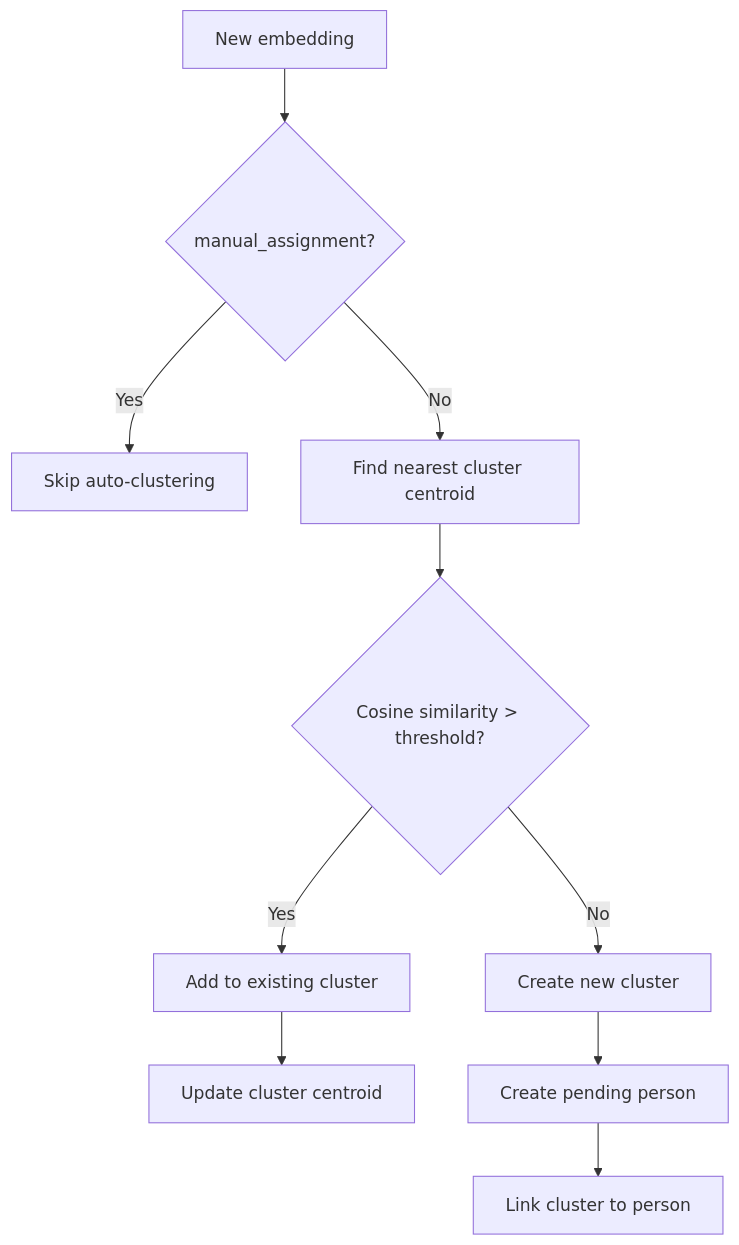
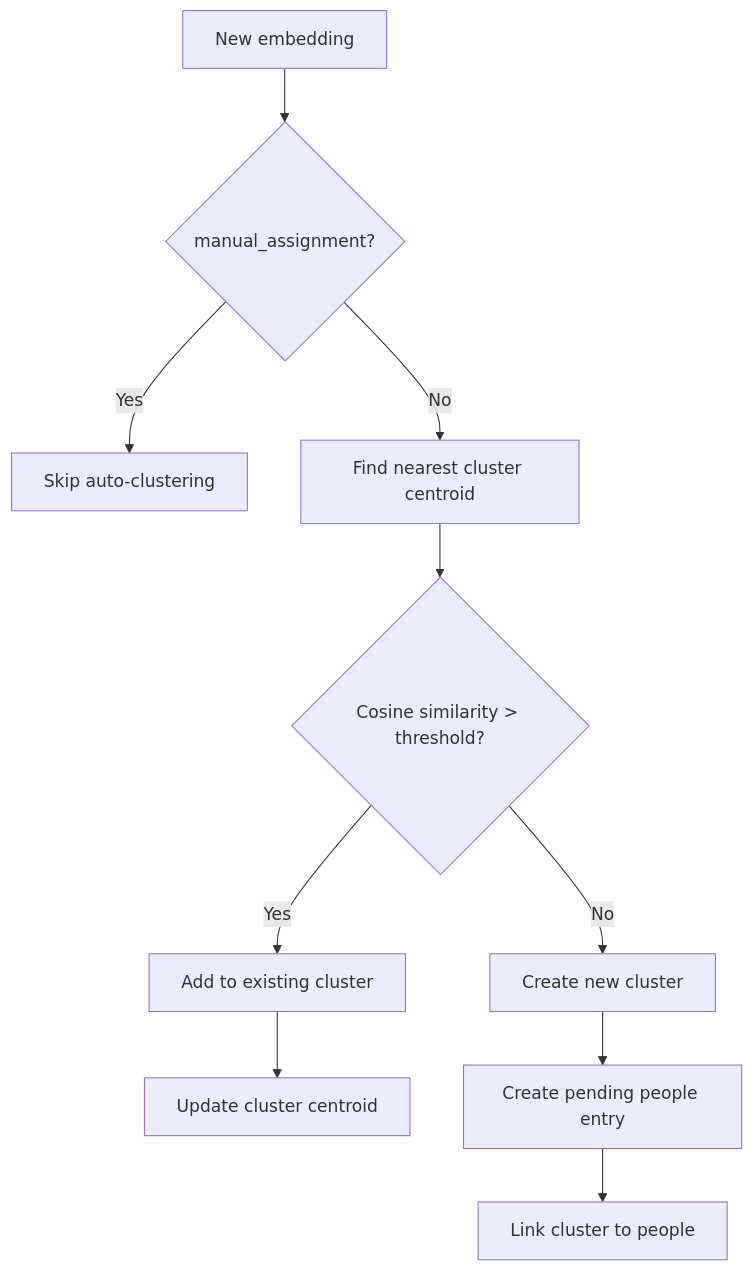
The second of 5 diagrams in docs/people.md (xiaoyuanzhu-com/my-life-db), drawn with Mermaid before and after one commit. The commit also changed other lines of this file and 11 other files, not shown here.

First line of the commit message:
refactor: unify Person types to People across codebase

````diff
--- a/docs/people.md
+++ b/docs/people.md
@@ -121,14 +121,14 @@
 ```mermaid
 flowchart TD
     NewEmb[New embedding] --> CheckManual{manual_assignment?}
     CheckManual -->|Yes| Skip[Skip auto-clustering]
     CheckManual -->|No| FindNearest[Find nearest cluster centroid]
     FindNearest --> CheckSim{Cosine similarity > threshold?}
 
     CheckSim -->|Yes| AddToCluster[Add to existing cluster]
     AddToCluster --> UpdateCentroid[Update cluster centroid]
 
     CheckSim -->|No| CreateCluster[Create new cluster]
-    CreateCluster --> CreatePerson[Create pending person]
-    CreatePerson --> LinkCluster[Link cluster to person]
+    CreateCluster --> CreatePeople[Create pending people entry]
+    CreatePeople --> LinkCluster[Link cluster to people]
 ```
````
